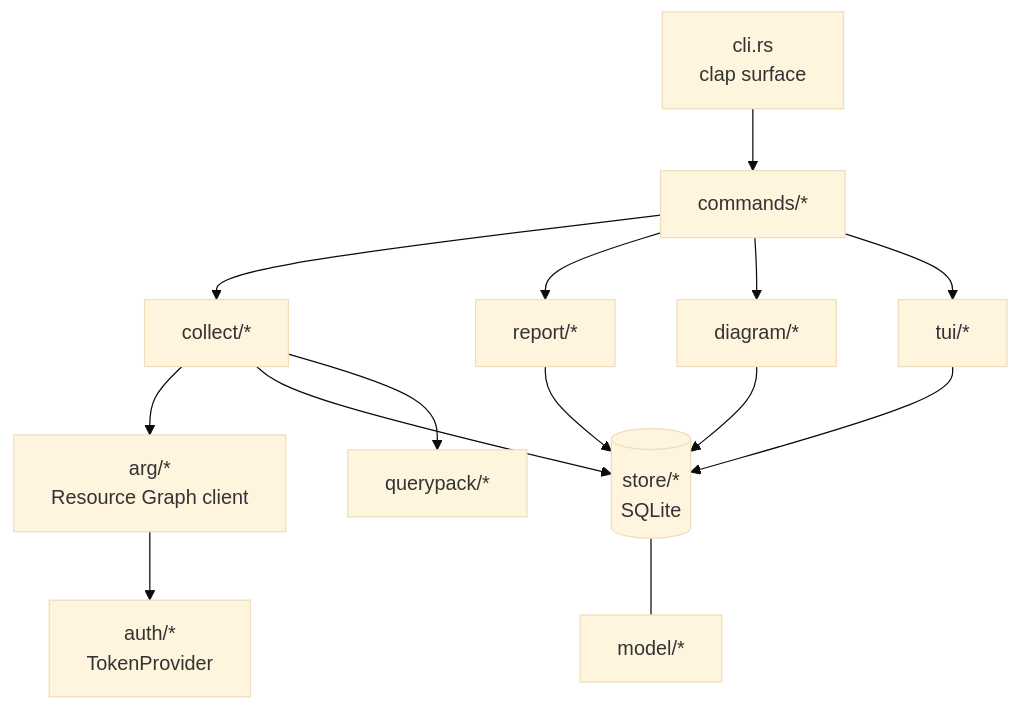
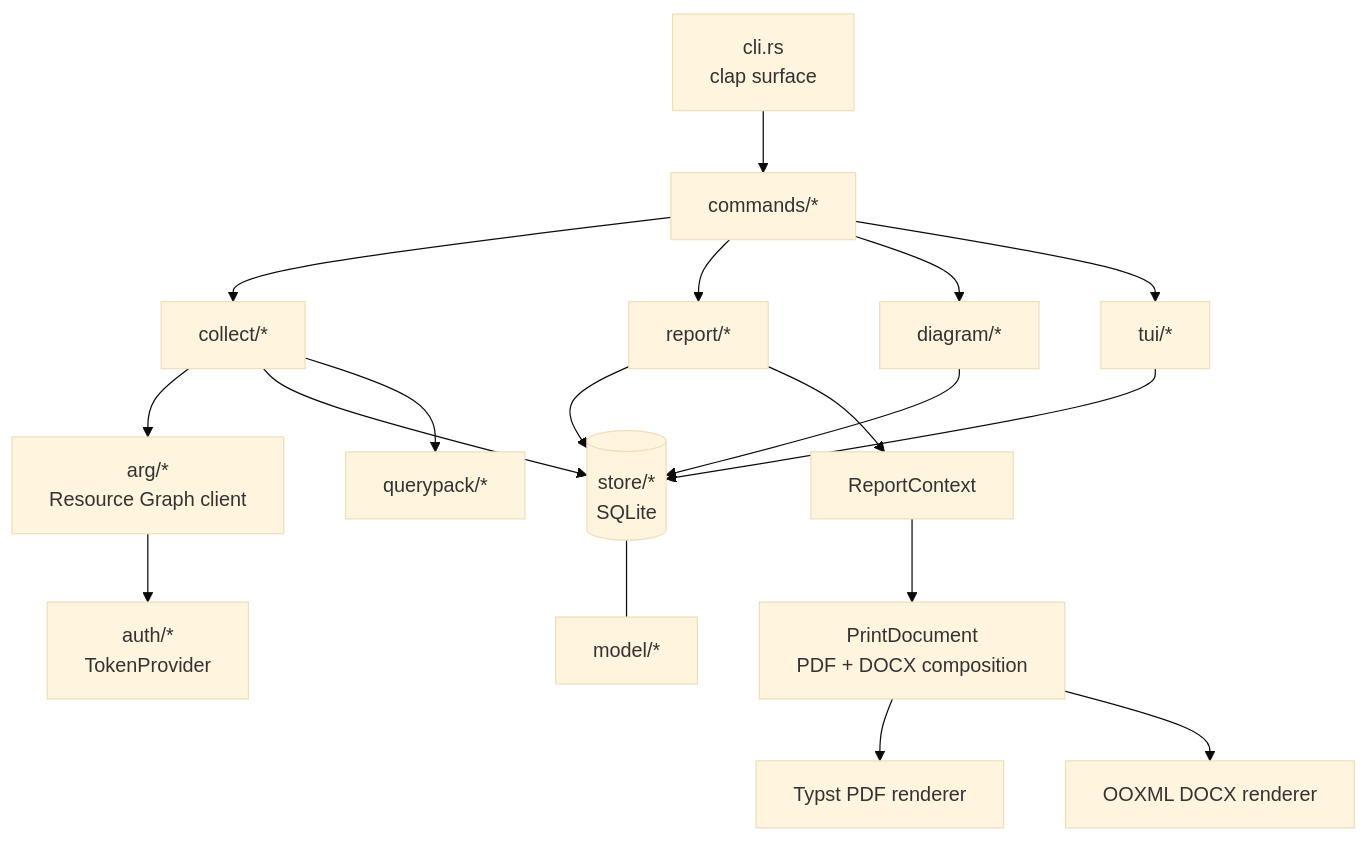
One commit to russmckendrick/azdocs changed the first of 2 diagrams in docs/development/architecture.md. Above: the diagram before and after it, drawn with Mermaid (base theme). The commit also changed other lines of this file and 20 other files, not shown here.

First line of the commit message:
📝 docs(report): document the shared print pipeline and theme defaults

````diff
--- a/docs/development/architecture.md
+++ b/docs/development/architecture.md
@@ -10,16 +10,20 @@
 ```mermaid
 flowchart TD
     cli[cli.rs<br/>clap surface] --> commands[commands/*]
     commands --> collect[collect/*]
     commands --> report[report/*]
     commands --> diagram[diagram/*]
     commands --> tui[tui/*]
     collect --> arg[arg/*<br/>Resource Graph client]
     arg --> auth[auth/*<br/>TokenProvider]
     collect --> store[(store/*<br/>SQLite)]
     report --> store
     diagram --> store
     tui --> store
     collect --> qp[querypack/*]
     store --- model[model/*]
+    report --> context[ReportContext]
+    context --> print[PrintDocument<br/>PDF + DOCX composition]
+    print --> pdf[Typst PDF renderer]
+    print --> docx[OOXML DOCX renderer]
 ```
````
